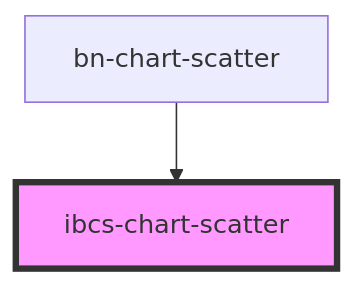
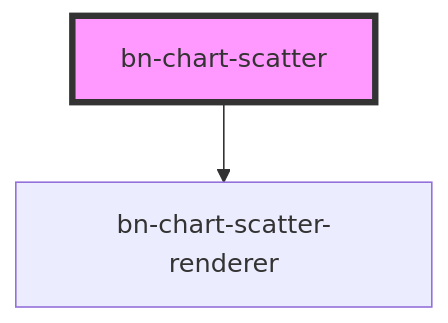
The diagram in src/components/bn-chart-scatter/readme.md (bino-bi/bn-template-engine), drawn with Mermaid before and after one commit. The commit also changed other lines of this file and 263 other files, not shown here.

````diff
--- a/src/components/bn-chart-scatter/readme.md
+++ b/src/components/bn-chart-scatter/readme.md
@@ -96,5 +119,5 @@
 ```mermaid
 graph TD;
-  bn-chart-scatter --> ibcs-chart-scatter
-  style ibcs-chart-scatter fill:#f9f,stroke:#333,stroke-width:4px
+  bn-chart-scatter --> bn-chart-scatter-renderer
+  style bn-chart-scatter fill:#f9f,stroke:#333,stroke-width:4px
 ```
````
